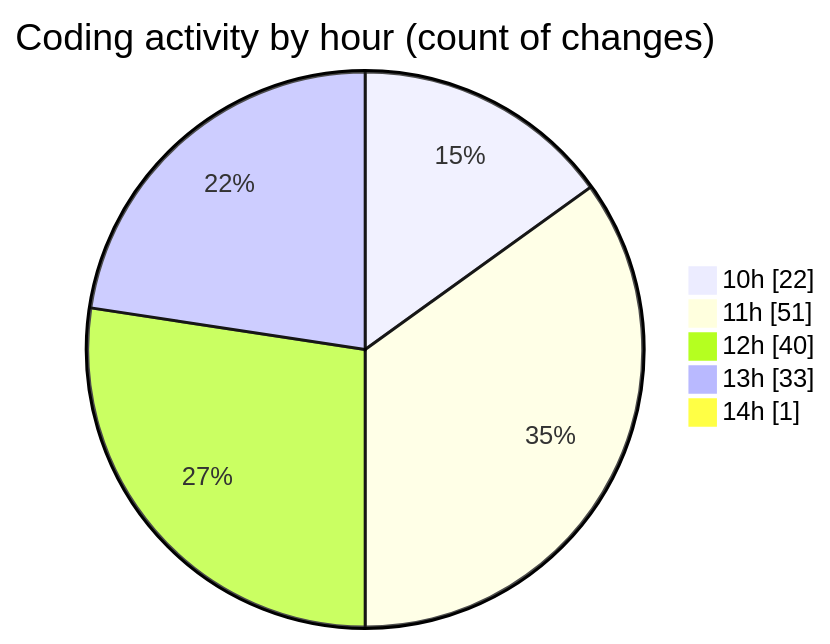
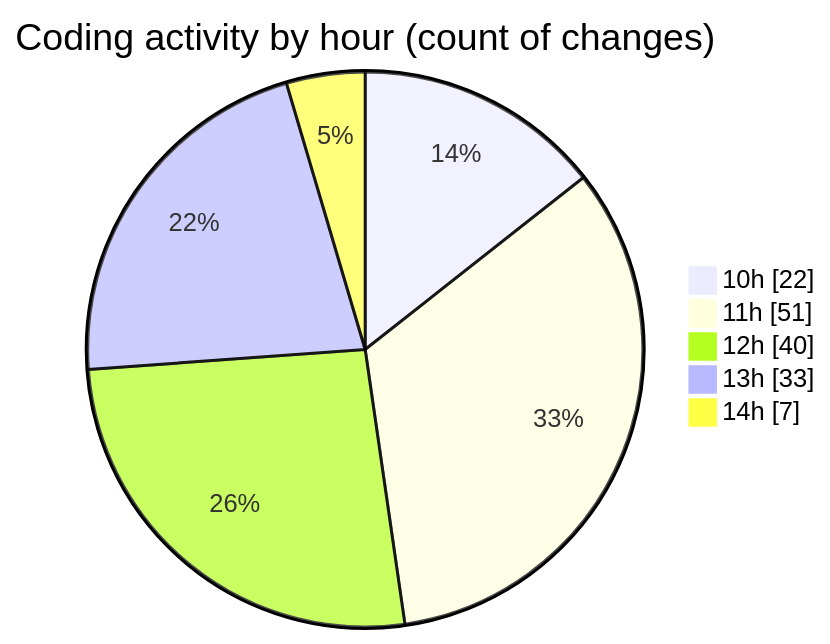
The second of 2 diagrams in 2025-04-29/cda/README.md (momahboobian/code-tracking), drawn with Mermaid before and after one commit. The commit also changed other lines of this file and 1 other file, not shown here.

````diff
--- a/2025-04-29/cda/README.md
+++ b/2025-04-29/cda/README.md
@@ -51,9 +52,9 @@
 ```mermaid
 pie showData
 title Coding activity by hour (count of changes)
 "10h" : 22
 "11h" : 51
 "12h" : 40
 "13h" : 33
-"14h" : 1
+"14h" : 7
 ```
````
